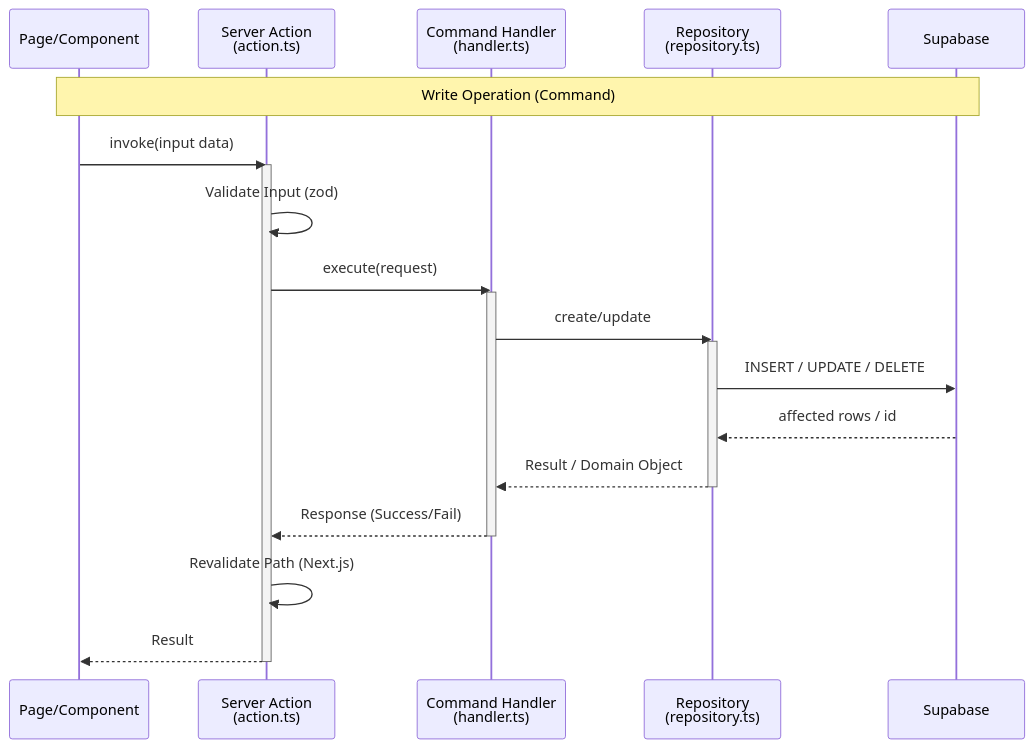
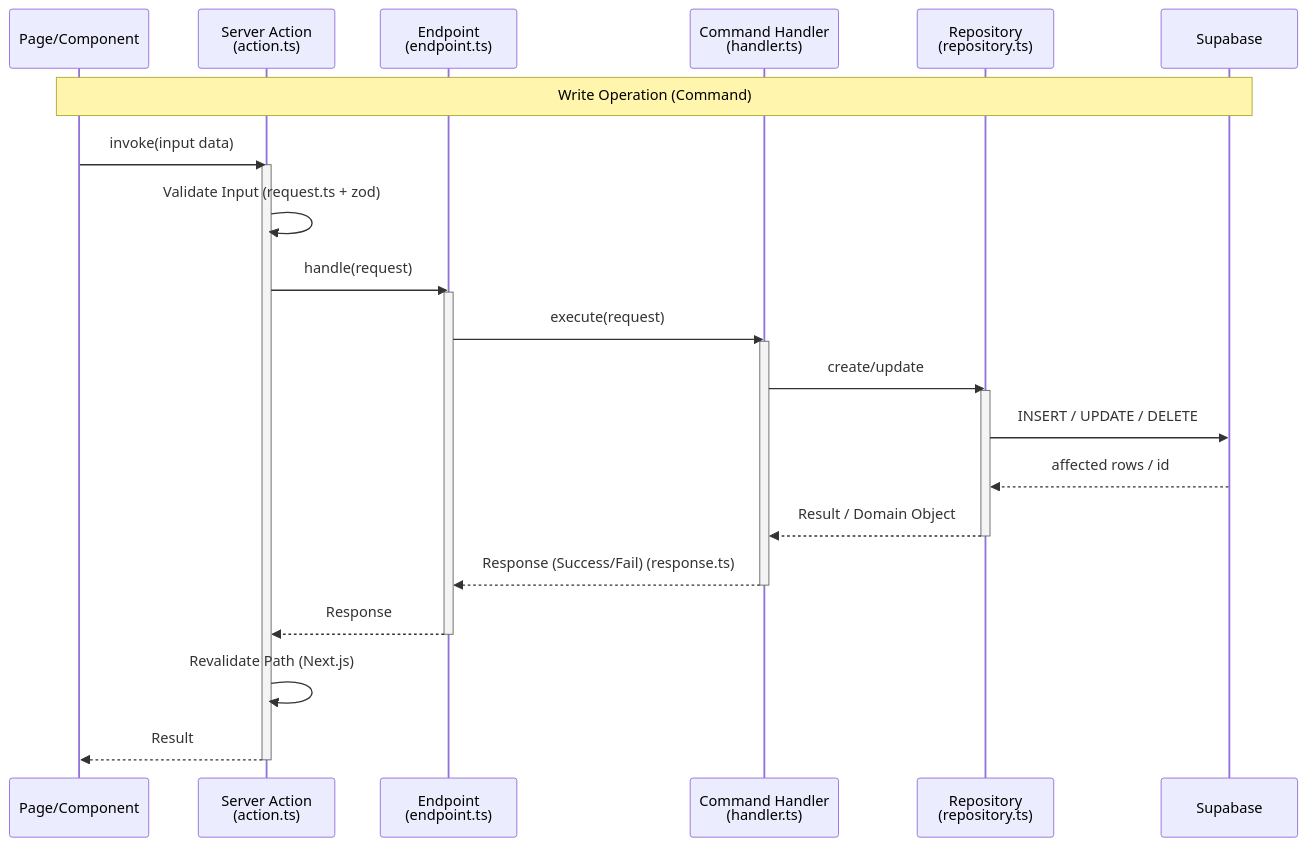
The third of 4 diagrams in docs/Diagrams.md (nob-ogura/life-plan-simulator), drawn with Mermaid before and after one commit. The commit also changed other lines of this file and 22 other files, not shown here.

Commit message:
ドキュメントの構成を見直し、REPR（Request-Endpoint-Response）レイアウトに基づくエンドポイントスライスの説明を修正。新たにオンボーディングガイドを追加し、プロジェクトの概要や技術スタックを明示。

````diff
--- a/docs/Diagrams.md
+++ b/docs/Diagrams.md
@@ -107,27 +116,32 @@
 ```mermaid
 sequenceDiagram
     participant UI as Page/Component
     participant Action as Server Action<br>(action.ts)
+    participant Endpoint as Endpoint<br>(endpoint.ts)
     participant Handler as Command Handler<br>(handler.ts)
     participant Repo as Repository<br>(repository.ts)
     participant DB as Supabase
 
     Note over UI, DB: Write Operation (Command)
 
     UI->>Action: invoke(input data)
     activate Action
-    Action->>Action: Validate Input (zod)
-    Action->>Handler: execute(request)
+    Action->>Action: Validate Input (request.ts + zod)
+    Action->>Endpoint: handle(request)
+    activate Endpoint
+    Endpoint->>Handler: execute(request)
     activate Handler
     Handler->>Repo: create/update
     activate Repo
     Repo->>DB: INSERT / UPDATE / DELETE
     DB-->>Repo: affected rows / id
     Repo-->>Handler: Result / Domain Object
     deactivate Repo
-    Handler-->>Action: Response (Success/Fail)
+    Handler-->>Endpoint: Response (Success/Fail) (response.ts)
     deactivate Handler
+    Endpoint-->>Action: Response
+    deactivate Endpoint
     Action->>Action: Revalidate Path (Next.js)
     Action-->>UI: Result
     deactivate Action
 ```
````
